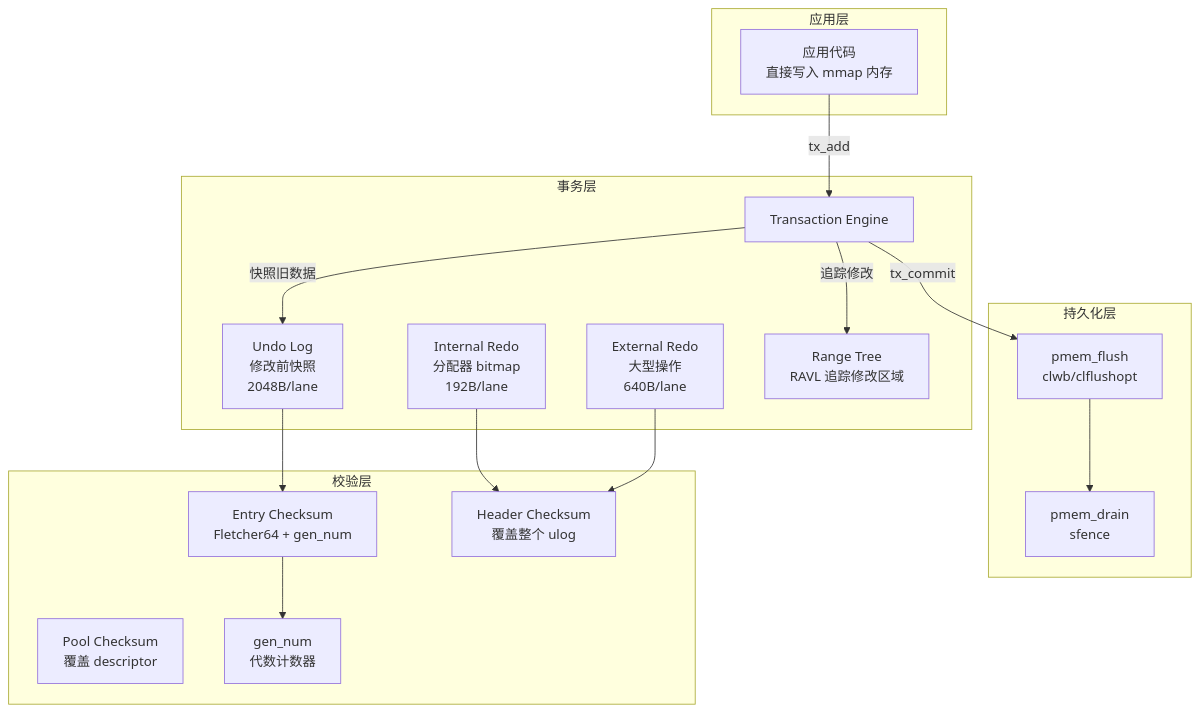
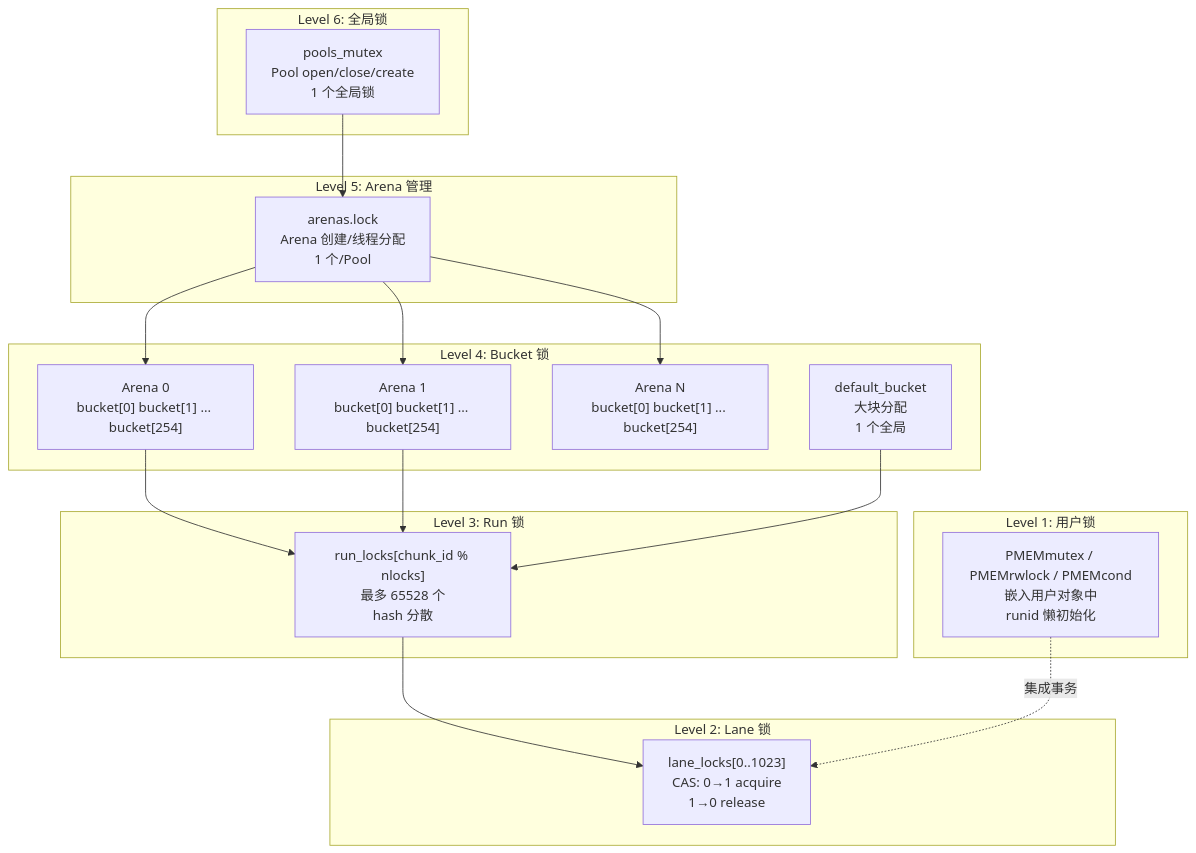
The first of 14 diagrams in Storage/daos/pmdk的一致性分析.md (carlvinhust2012/MyStudy), drawn with Mermaid before and after one commit. The commit also changed other lines of this file, not shown here.

````diff
--- a/Storage/daos/pmdk的一致性分析.md
+++ b/Storage/daos/pmdk的一致性分析.md
@@ -43,37 +49,39 @@
 ```mermaid
 graph TB
-    subgraph "应用层"
-        APP[应用代码<br/>直接写入 mmap 内存]
+    subgraph "Level 6: 全局锁"
+        PM["pools_mutex<br/>Pool open/close/create<br/>1 个全局锁"]
     end
 
-    subgraph "事务层"
-        TX[Transaction Engine]
-        UNDO[Undo Log<br/>修改前快照<br/>2048B/lane]
-        REDO_I[Internal Redo<br/>分配器 bitmap<br/>192B/lane]
-        REDO_E[External Redo<br/>大型操作<br/>640B/lane]
-        RANGE[Range Tree<br/>RAVL 追踪修改区域]
+    subgraph "Level 5: Arena 管理"
+        AL["arenas.lock<br/>Arena 创建/线程分配<br/>1 个/Pool"]
     end
 
-    subgraph "持久化层"
-        FLUSH[pmem_flush<br/>clwb/clflushopt]
-        DRAIN[pmem_drain<br/>sfence]
+    subgraph "Level 4: Bucket 锁"
+        B1["Arena 0<br/>bucket[0] bucket[1] ... bucket[254]"]
+        B2["Arena 1<br/>bucket[0] bucket[1] ... bucket[254]"]
+        BN["Arena N<br/>bucket[0] bucket[1] ... bucket[254]"]
+        DB["default_bucket<br/>大块分配<br/>1 个全局"]
     end
 
-    subgraph "校验层"
-        CS_ENTRY[Entry Checksum<br/>Fletcher64 + gen_num]
-        CS_HDR[Header Checksum<br/>覆盖整个 ulog]
-        CS_POOL[Pool Checksum<br/>覆盖 descriptor]
-        GNUM[gen_num<br/>代数计数器]
+    subgraph "Level 3: Run 锁"
+        RL1["run_locks[chunk_id % nlocks]<br/>最多 65528 个<br/>hash 分散"]
     end
 
-    APP -->|tx_add| TX
-    TX -->|快照旧数据| UNDO
-    TX -->|追踪修改| RANGE
-    TX -->|tx_commit| FLUSH
-    FLUSH --> DRAIN
+    subgraph "Level 2: Lane 锁"
+        LL["lane_locks[0..1023]<br/>CAS: 0→1 acquire<br/>1→0 release"]
+    end
 
-    UNDO --> CS_ENTRY
-    CS_ENTRY --> GNUM
-    REDO_I --> CS_HDR
-    REDO_E --> CS_HDR
+    subgraph "Level 1: 用户锁"
+        PL["PMEMmutex / PMEMrwlock / PMEMcond<br/>嵌入用户对象中<br/>runid 懒初始化"]
+    end
+
+    PM --> AL
+    AL --> B1
+    AL --> B2
+    AL --> BN
+    B1 --> RL1
+    B2 --> RL1
+    DB --> RL1
+    RL1 --> LL
+    PL -.->|"集成事务"| LL
 ```
````
